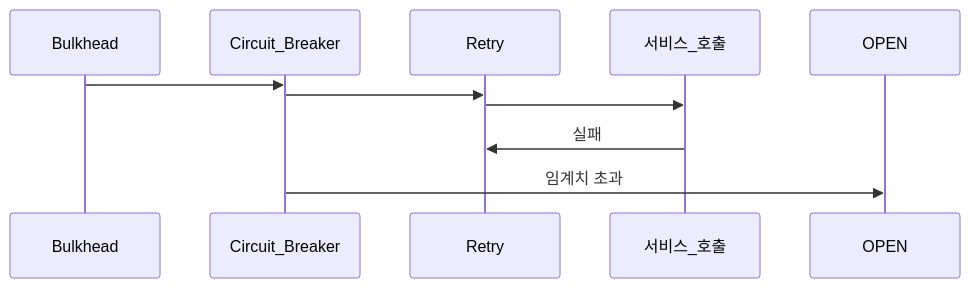
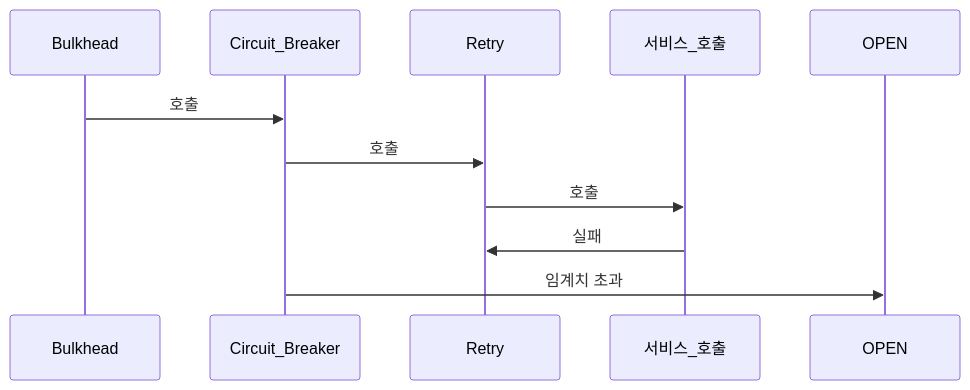
Before and after one commit to yjkim2015/yjkim2015.github.io: the second of 2 diagrams in _posts/spring/2026-05-01-spring-resilience.md, drawn with Mermaid. The commit also changed other lines of this file and 85 other files, not shown here.

First line of the commit message:
sequenceDiagram 문법 에러 2차 수정 169개 (86파일)

````diff
--- a/_posts/spring/2026-05-01-spring-resilience.md
+++ b/_posts/spring/2026-05-01-spring-resilience.md
@@ -242,8 +242,8 @@
 ```mermaid
 sequenceDiagram
-    Bulkhead->>Circuit_Breaker:
-    Circuit_Breaker->>Retry:
-    Retry->>서비스_호출:
+    Bulkhead->>Circuit_Breaker: 호출
+    Circuit_Breaker->>Retry: 호출
+    Retry->>서비스_호출: 호출
     서비스_호출->>Retry: 실패
     Circuit_Breaker->>OPEN: 임계치 초과
 ```
````
